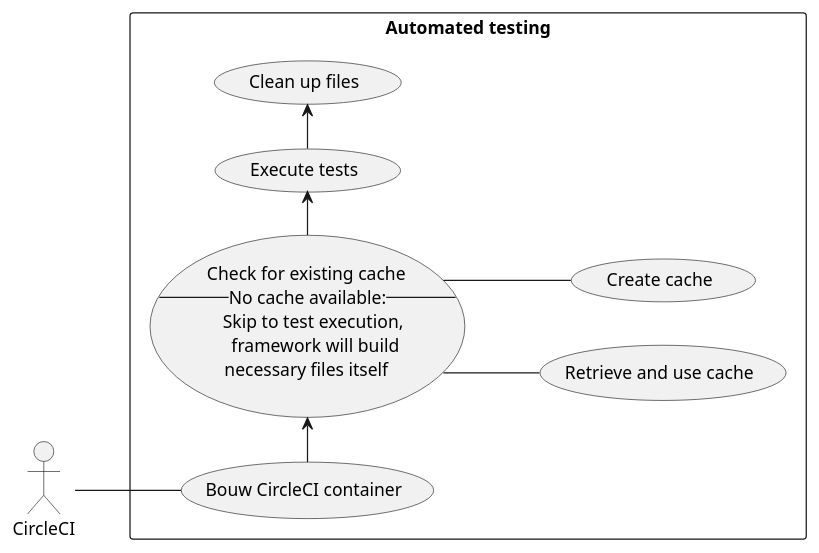
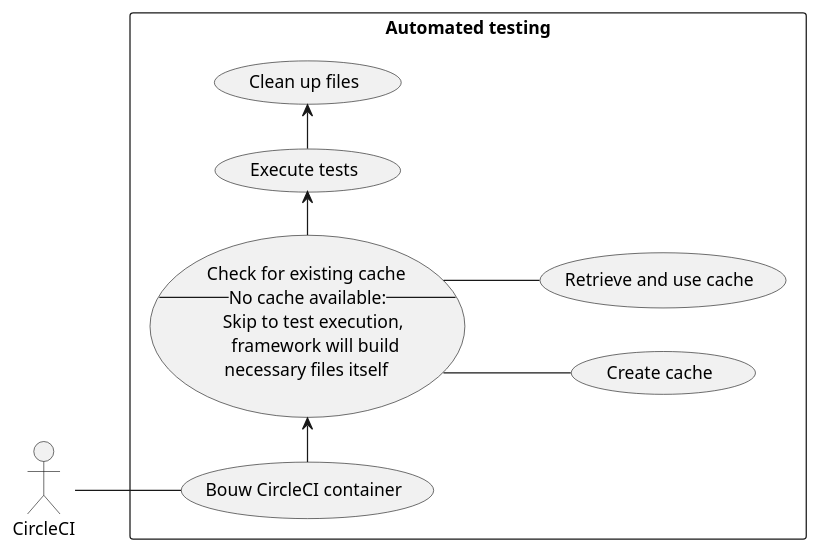
Before and after one commit to dannypas00/bouw7-uml: the diagram in Scenarios/AutomatedTesting.plantuml, drawn with PlantUML. The commit also changed other lines of this file and 3 other files, not shown here.

Commit message:
Updated component diagram

```diff
--- a/Scenarios/AutomatedTesting.plantuml
+++ b/Scenarios/AutomatedTesting.plantuml
@@ -1,27 +1,27 @@
 @startuml usecase
 left to right direction
 skinparam linetype ortho
 
 actor CI as "CircleCI"
 
 rectangle "Automated testing" {
     usecase start as "Bouw CircleCI container"
     usecase searchcache as "Check for existing cache
     --No cache available:--
         Skip to test execution, 
         framework will build
         necessary files itself"
-    usecase getcache as "Retrieve and use cache"
     usecase run as "Execute tests"
     usecase cleanup as "Clean up files"
     usecase addcache as "Create cache"
+    usecase getcache as "Retrieve and use cache"
 }
 
 CI -- start
 start -> searchcache
 searchcache -- getcache
 searchcache -- addcache
 searchcache -> run
 run -> cleanup
 
 @enduml
```
